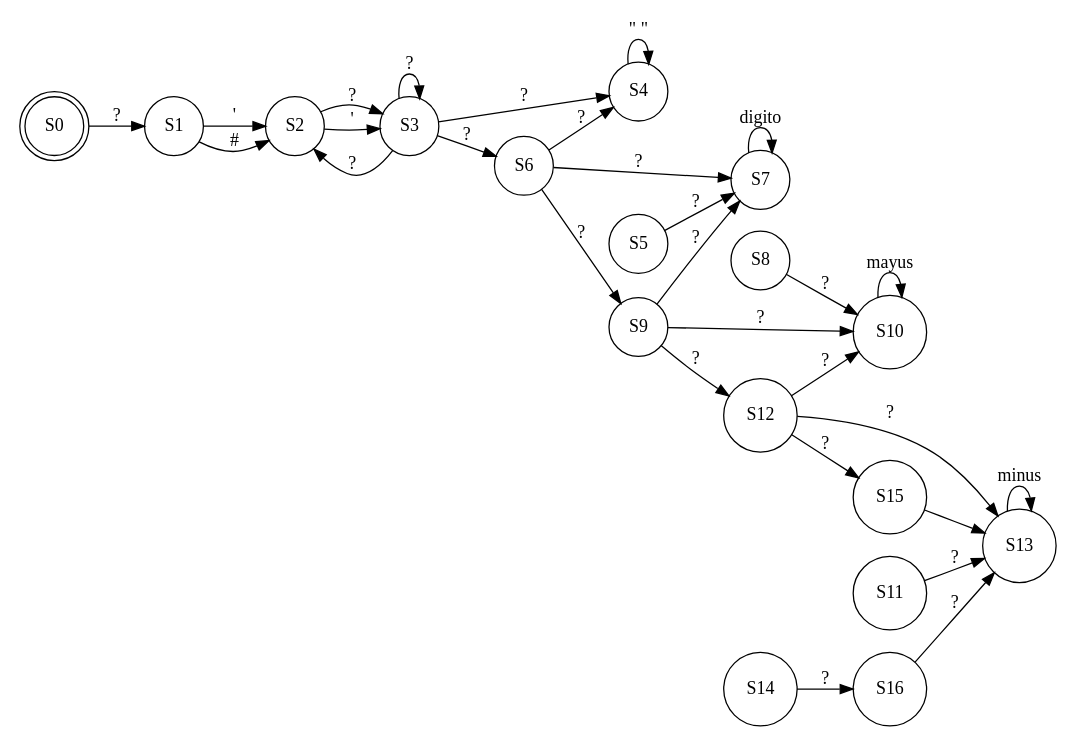
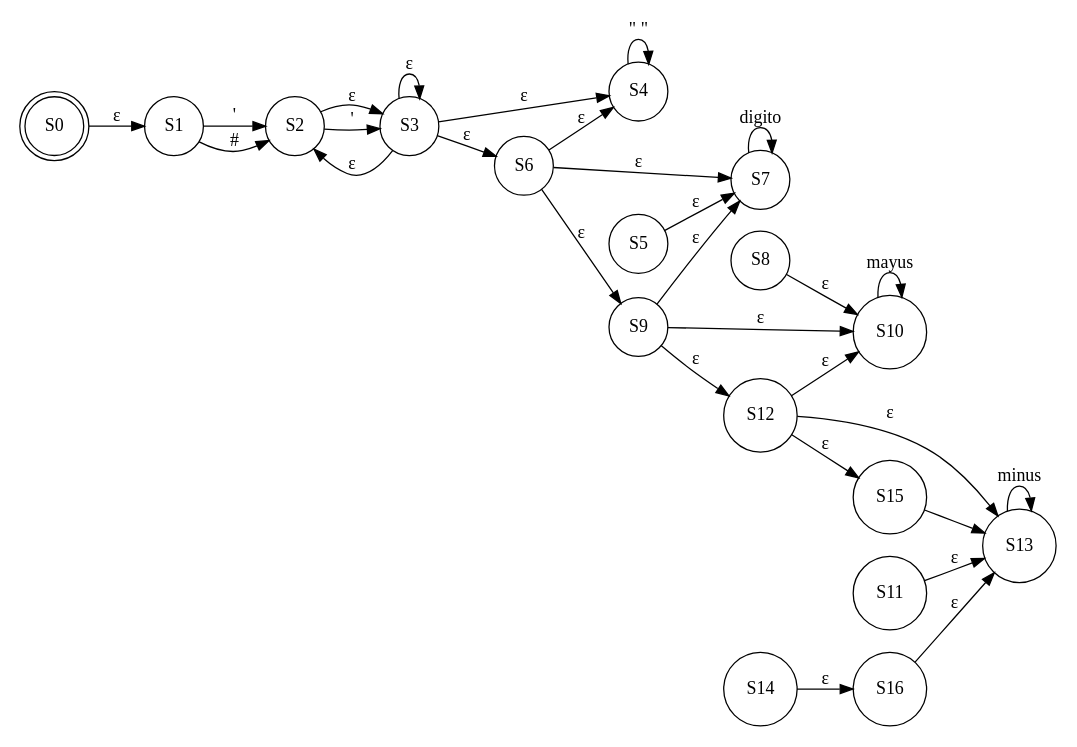
One commit to findlesscopy/Proyecto1_OLC1_1S2023 changed the diagram in src/Pruebas/AFND__16.dot. Above: the diagram before and after it, drawn with Graphviz. The commit also changed 87 other files, not shown here.

```diff
--- a/src/Pruebas/AFND__16.dot
+++ b/src/Pruebas/AFND__16.dot
@@ -1,34 +1,34 @@
 digraph AFND {
 	rankdir=LR;
 	size="8,5";
 	node [shape = doublecircle]; S0;
 	node [shape = circle];
-	S0 -> S1 [label = "?"];
+	S0 -> S1 [label = "ε"];
 	S1 -> S2 [label = "\'"];
-	S2 -> S3 [label = "?"];
-	S3 -> S4 [label = "?"];
-	S3 -> S6 [label = "?"];
+	S2 -> S3 [label = "ε"];
+	S3 -> S4 [label = "ε"];
+	S3 -> S6 [label = "ε"];
 	S4 -> S4 [label = "\" \""];
-	S5 -> S7 [label = "?"];
-	S6 -> S7 [label = "?"];
-	S6 -> S9 [label = "?"];
+	S5 -> S7 [label = "ε"];
+	S6 -> S7 [label = "ε"];
+	S6 -> S9 [label = "ε"];
 	S7 -> S7 [label = "digito"];
-	S8 -> S10 [label = "?"];
-	S9 -> S10 [label = "?"];
-	S9 -> S12 [label = "?"];
+	S8 -> S10 [label = "ε"];
+	S9 -> S10 [label = "ε"];
+	S9 -> S12 [label = "ε"];
 	S10 -> S10 [label = "mayus"];
-	S11 -> S13 [label = "?"];
-	S12 -> S13 [label = "?"];
-	S12 -> S15 [label = "?"];
+	S11 -> S13 [label = "ε"];
+	S12 -> S13 [label = "ε"];
+	S12 -> S15 [label = "ε"];
 	S13 -> S13 [label = "minus"];
-	S14 -> S16 [label = "?"];
+	S14 -> S16 [label = "ε"];
 	S15 -> S13 [label = "\n"];
-	S16 -> S13 [label = "?"];
-	S12 -> S10 [label = "?"];
-	S9 -> S7 [label = "?"];
-	S6 -> S4 [label = "?"];
-	S3 -> S3 [label = "?"];
-	S3 -> S2 [label = "?"];
+	S16 -> S13 [label = "ε"];
+	S12 -> S10 [label = "ε"];
+	S9 -> S7 [label = "ε"];
+	S6 -> S4 [label = "ε"];
+	S3 -> S3 [label = "ε"];
+	S3 -> S2 [label = "ε"];
 	S2 -> S3 [label = "\'"];
 	S1 -> S2 [label = "#"];
 }
```
